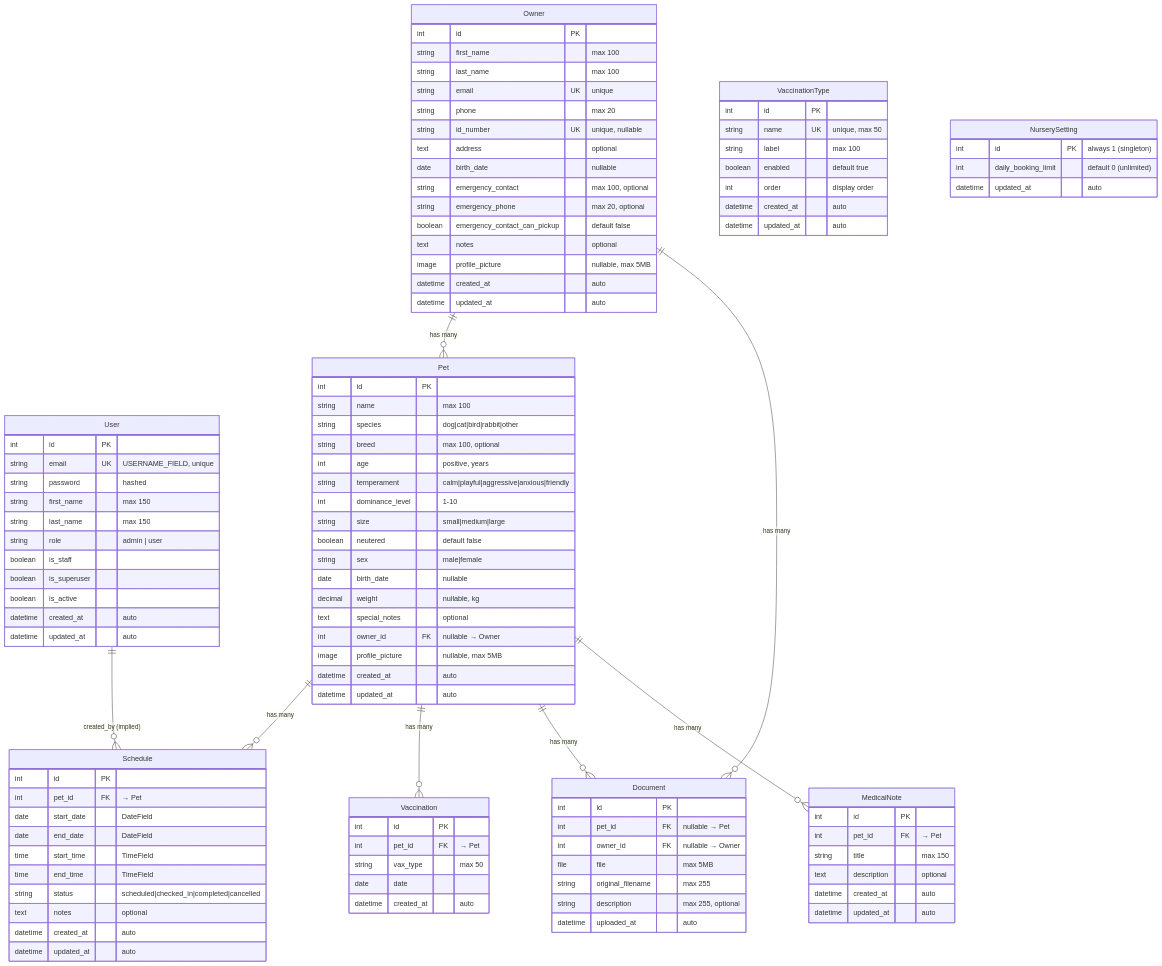
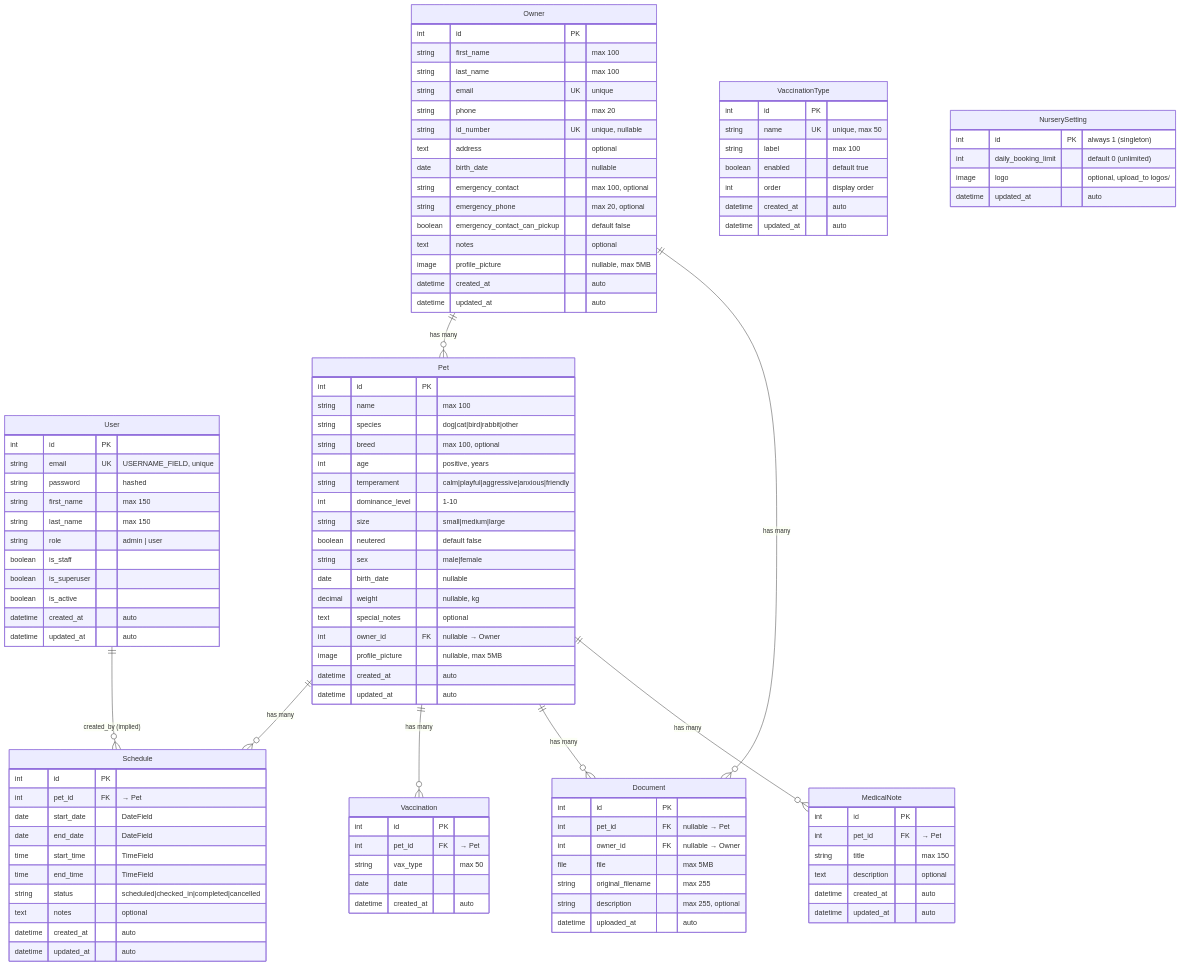
Before and after one commit to maxi3390/happydogs-calendar: the sixth of 10 diagrams in docs/docs/architecture.md, drawn with Mermaid. The commit also changed other lines of this file and 5 other files, not shown here.

````diff
--- a/docs/docs/architecture.md
+++ b/docs/docs/architecture.md
@@ -353,6 +353,7 @@
     NurserySetting {
         int id PK "always 1 (singleton)"
         int daily_booking_limit "default 0 (unlimited)"
+        image logo "optional, upload_to logos/"
         datetime updated_at "auto"
     }
 ```
````
